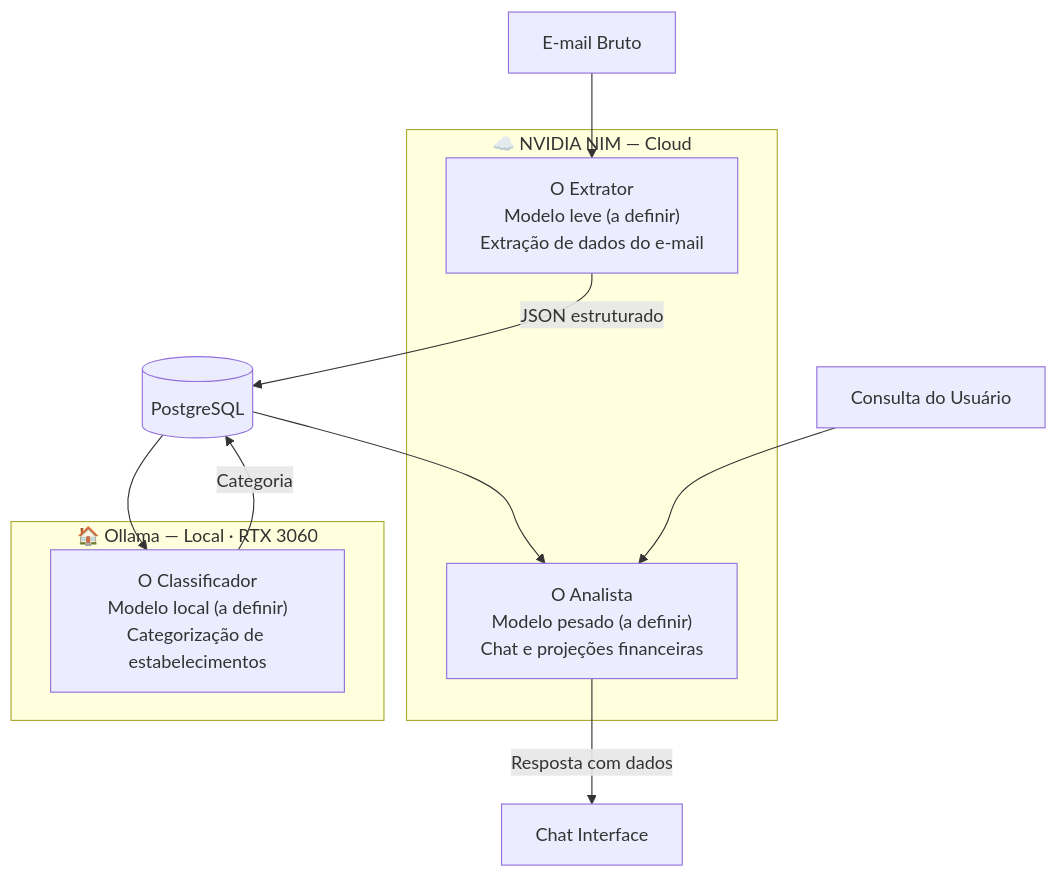
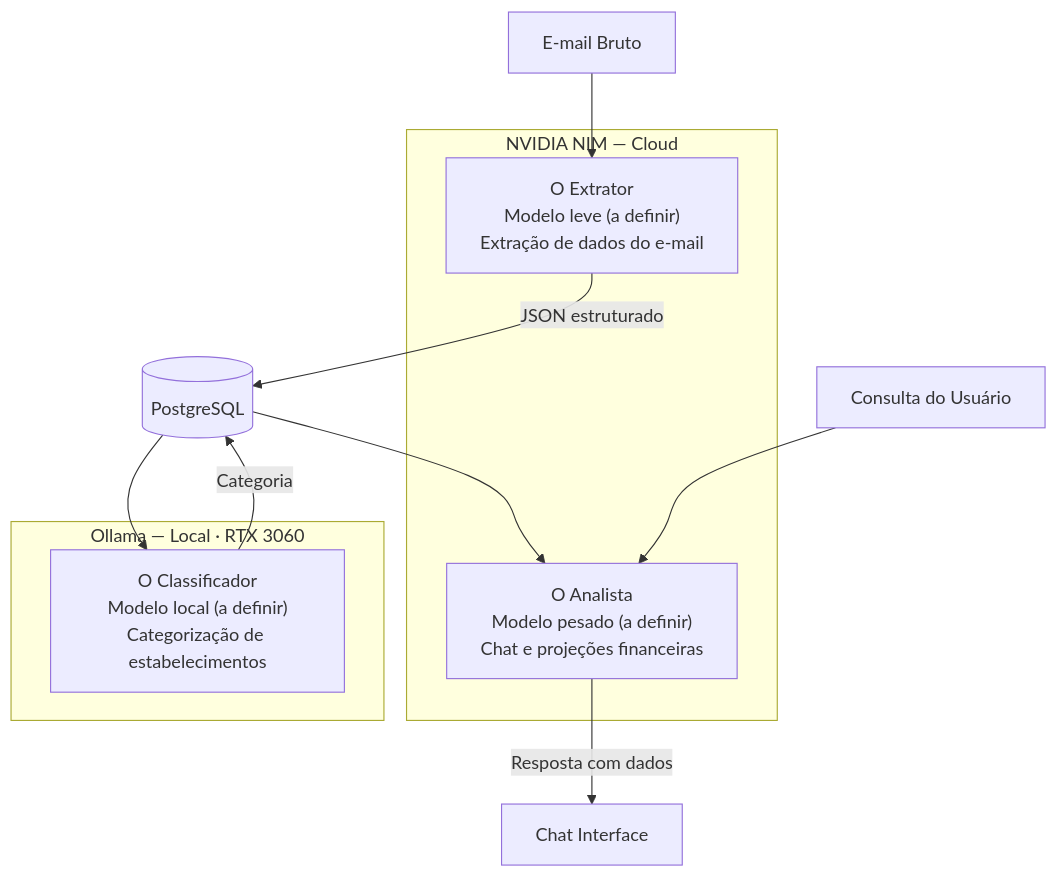
Before and after one commit to mviniciusy/FinAI: the second of 3 diagrams in README.md, drawn with Mermaid. The commit also changed other lines of this file and 1 other file, not shown here.

````diff
--- a/README.md
+++ b/README.md
@@ -185,19 +185,19 @@
 ```mermaid
 flowchart TB
-    subgraph Cloud_NIM["☁️ NVIDIA NIM — Cloud"]
+    subgraph Cloud_NIM["NVIDIA NIM — Cloud"]
         E1["O Extrator<br/>Modelo leve (a definir)<br/>Extração de dados do e-mail"]
         E2["O Analista<br/>Modelo pesado (a definir)<br/>Chat e projeções financeiras"]
     end
 
-    subgraph Local_Ollama["🏠 Ollama — Local · RTX 3060"]
+    subgraph Local_Ollama["Ollama — Local · RTX 3060"]
         L1["O Classificador<br/>Modelo local (a definir)<br/>Categorização de estabelecimentos"]
     end
 
     RawEmail["E-mail Bruto"] --> E1
     E1 -->|"JSON estruturado"| DB[("PostgreSQL")]
     DB --> L1
     L1 -->|"Categoria"| DB
     DB --> E2
     UserQuery["Consulta do Usuário"] --> E2
     E2 -->|"Resposta com dados"| ChatUI["Chat Interface"]
 ```
````
